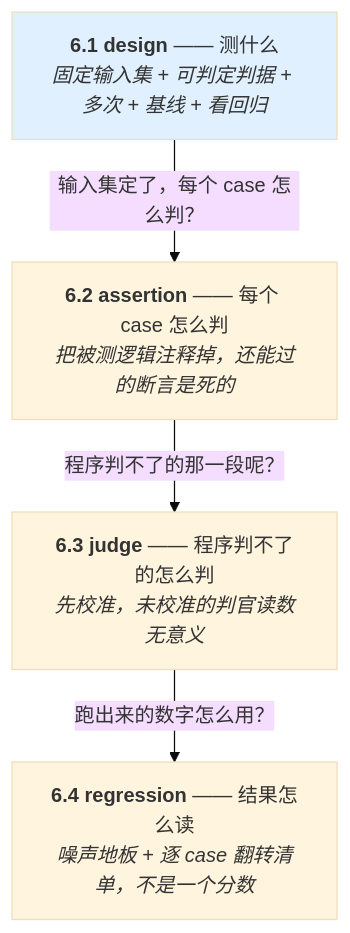
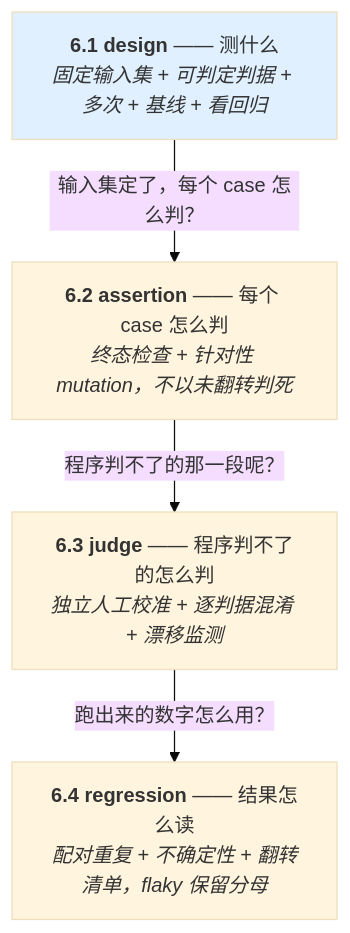
One commit to didadila/ai-agent-handbook changed the ninth of 10 diagrams in handbook/ai-agent/06-评估.md. Above: the diagram before and after it, drawn with Mermaid (base theme). The commit also changed other lines of this file and 211 other files, not shown here.

````diff
--- a/handbook/ai-agent/06-评估.md
+++ b/handbook/ai-agent/06-评估.md
@@ -736,9 +776,9 @@
 ```mermaid
 flowchart TB
     A["<b>6.1 design</b> —— 测什么<br/><i>固定输入集 + 可判定判据 + 多次 + 基线 + 看回归</i>"]
-    A -->|"输入集定了，每个 case 怎么判？"| B["<b>6.2 assertion</b> —— 每个 case 怎么判<br/><i>把被测逻辑注释掉，还能过的断言是死的</i>"]
-    B -->|"程序判不了的那一段呢？"| C["<b>6.3 judge</b> —— 程序判不了的怎么判<br/><i>先校准，未校准的判官读数无意义</i>"]
-    C -->|"跑出来的数字怎么用？"| D["<b>6.4 regression</b> —— 结果怎么读<br/><i>噪声地板 + 逐 case 翻转清单，不是一个分数</i>"]
+    A -->|"输入集定了，每个 case 怎么判？"| B["<b>6.2 assertion</b> —— 每个 case 怎么判<br/><i>终态检查 + 针对性 mutation，不以未翻转判死</i>"]
+    B -->|"程序判不了的那一段呢？"| C["<b>6.3 judge</b> —— 程序判不了的怎么判<br/><i>独立人工校准 + 逐判据混淆 + 漂移监测</i>"]
+    C -->|"跑出来的数字怎么用？"| D["<b>6.4 regression</b> —— 结果怎么读<br/><i>配对重复 + 不确定性 + 翻转清单，flaky 保留分母</i>"]
 
     style A fill:#e0f0ff
 ```
````
